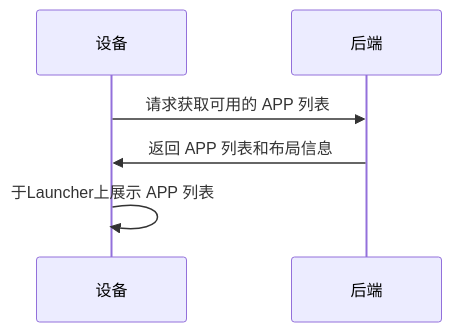
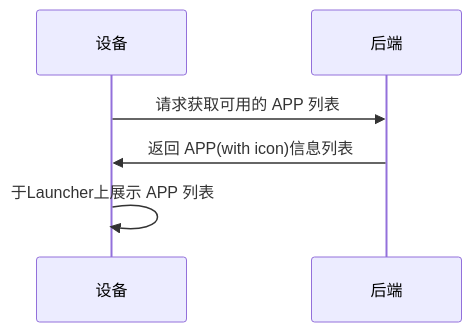
Before and after one commit to shaojun/open_docs: the second of 5 diagrams in projects/commercial/universal_api.md, drawn with Mermaid. The commit also changed other lines of this file, not shown here.

````diff
--- a/projects/commercial/universal_api.md
+++ b/projects/commercial/universal_api.md
@@ -35,8 +36,8 @@
 ```mermaid
 sequenceDiagram
     participant Device as 设备
     participant Backend as 后端
     Device->>Backend: 请求获取可用的 APP 列表
-    Backend->>Device: 返回 APP 列表和布局信息
+    Backend->>Device: 返回 APP(with icon)信息列表
     Device->>Device: 于Launcher上展示 APP 列表
 ```
````
